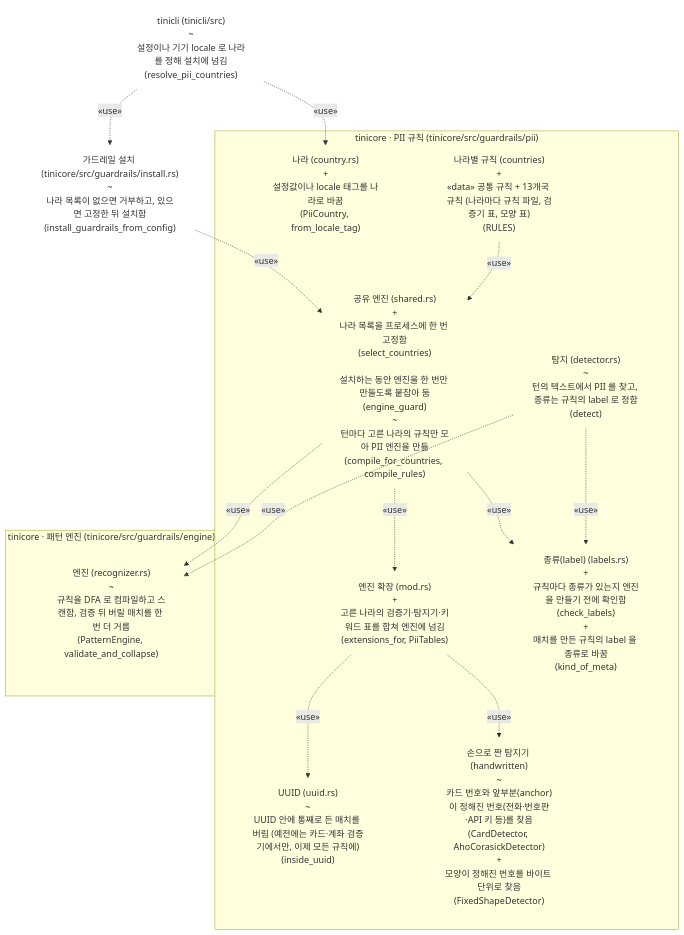
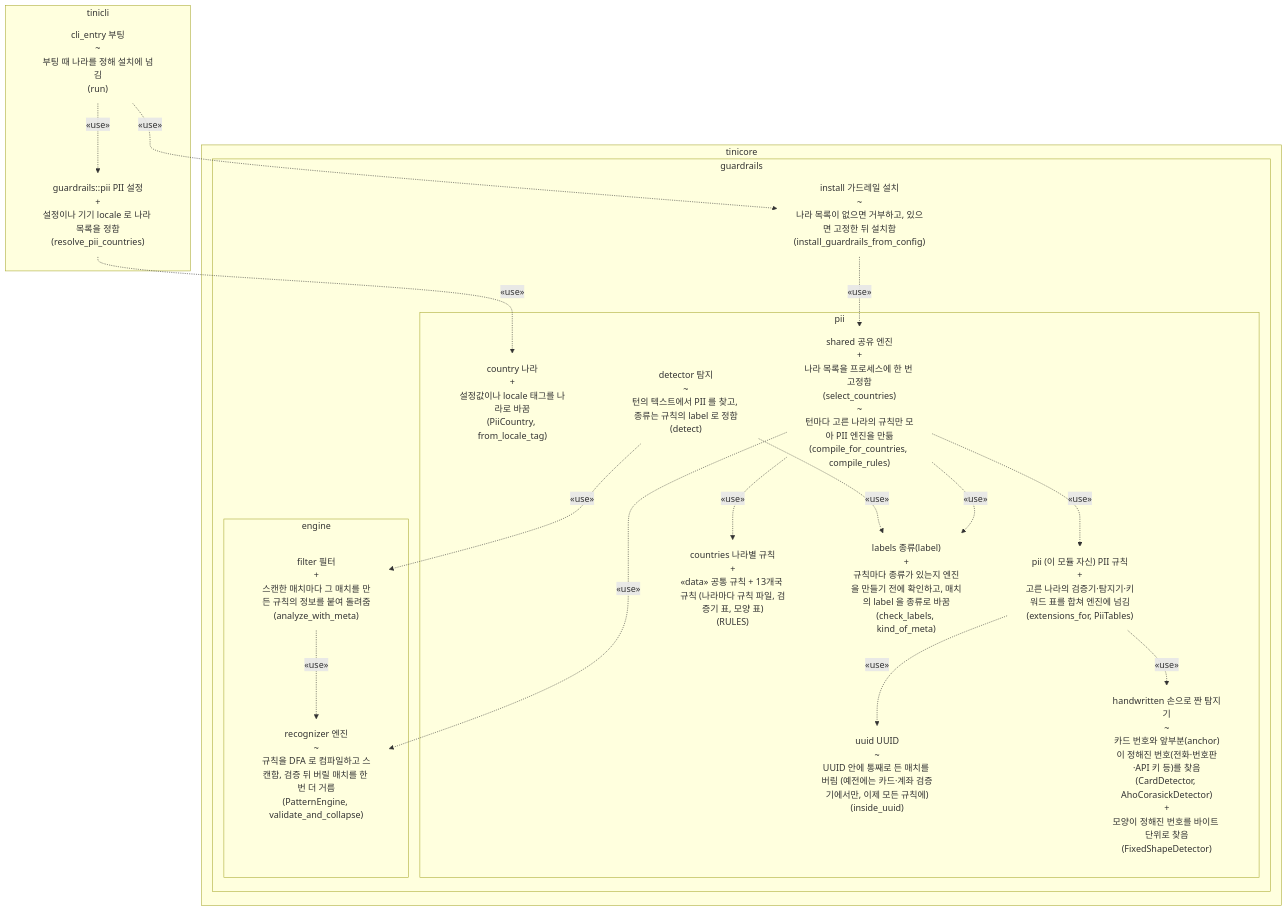
One commit to sbc10620/shared changed the diagram in reports/20261029-ARGO-multilingual-pii/fig2-after.mmd. Above: the diagram before and after it, drawn with Mermaid. The commit also changed 7 other files, not shown here.

```diff
--- a/reports/20261029-ARGO-multilingual-pii/fig2-after.mmd
+++ b/reports/20261029-ARGO-multilingual-pii/fig2-after.mmd
@@ -1,29 +1,39 @@
 flowchart TB
-  p_cli["<div class='pk '><div class='tab'>tinicli <span class='path'>(tinicli/src)</span></div><div class='body'><div class='it changed'><span class='mk'>~</span><div><div class='role'>설정이나 기기 locale 로 나라를 정해 설치에 넘김</div><div class='fn'>(resolve_pii_countries)</div></div></div></div></div>"]
-  p_inst["<div class='pk '><div class='tab'>가드레일 설치 <span class='path'>(tinicore/src/guardrails/install.rs)</span></div><div class='body'><div class='it changed'><span class='mk'>~</span><div><div class='role'>나라 목록이 없으면 거부하고, 있으면 고정한 뒤 설치함</div><div class='fn'>(install_guardrails_from_config)</div></div></div></div></div>"]
-  subgraph g_pii["tinicore · PII 규칙 <span class='path'>(tinicore/src/guardrails/pii)</span>"]
-    p_country["<div class='pk new'><div class='tab'>나라 <span class='path'>(country.rs)</span></div><div class='body'><div class='it new'><span class='mk'>+</span><div><div class='role'>설정값이나 locale 태그를 나라로 바꿈</div><div class='fn'>(PiiCountry, from_locale_tag)</div></div></div></div></div>"]
-    p_rules["<div class='pk new'><div class='tab'>나라별 규칙 <span class='path'>(countries)</span></div><div class='body'><div class='it new'><span class='mk'>+</span><div><div class='role'><span class='st'>«data»</span> 공통 규칙 + 13개국 규칙 (나라마다 규칙 파일, 검증기 표, 모양 표)</div><div class='fn'>(RULES)</div></div></div></div></div>"]
-    p_shared["<div class='pk '><div class='tab'>공유 엔진 <span class='path'>(shared.rs)</span></div><div class='body'><div class='it new'><span class='mk'>+</span><div><div class='role'>나라 목록을 프로세스에 한 번 고정함</div><div class='fn'>(select_countries)</div></div></div><div class='it '><span class='mk'>&nbsp;</span><div><div class='role'>설치하는 동안 엔진을 한 번만 만들도록 붙잡아 둠</div><div class='fn'>(engine_guard)</div></div></div><div class='it changed'><span class='mk'>~</span><div><div class='role'>턴마다 고른 나라의 규칙만 모아 PII 엔진을 만듦</div><div class='fn'>(compile_for_countries, compile_rules)</div></div></div></div></div>"]
-    p_tables["<div class='pk '><div class='tab'>엔진 확장 <span class='path'>(mod.rs)</span></div><div class='body'><div class='it new'><span class='mk'>+</span><div><div class='role'>고른 나라의 검증기·탐지기·키워드 표를 합쳐 엔진에 넘김</div><div class='fn'>(extensions_for, PiiTables)</div></div></div></div></div>"]
-    p_labels["<div class='pk new'><div class='tab'>종류(label) <span class='path'>(labels.rs)</span></div><div class='body'><div class='it new'><span class='mk'>+</span><div><div class='role'>규칙마다 종류가 있는지 엔진을 만들기 전에 확인함</div><div class='fn'>(check_labels)</div></div></div><div class='it new'><span class='mk'>+</span><div><div class='role'>매치를 만든 규칙의 label 을 종류로 바꿈</div><div class='fn'>(kind_of_meta)</div></div></div></div></div>"]
-    p_uuid["<div class='pk new'><div class='tab'>UUID <span class='path'>(uuid.rs)</span></div><div class='body'><div class='it changed'><span class='mk'>~</span><div><div class='role'>UUID 안에 통째로 든 매치를 버림 (예전에는 카드·계좌 검증기에서만, 이제 모든 규칙에)</div><div class='fn'>(inside_uuid)</div></div></div></div></div>"]
-    p_hw["<div class='pk '><div class='tab'>손으로 짠 탐지기 <span class='path'>(handwritten)</span></div><div class='body'><div class='it changed'><span class='mk'>~</span><div><div class='role'>카드 번호와 앞부분(anchor)이 정해진 번호(전화·번호판·API 키 등)를 찾음</div><div class='fn'>(CardDetector, AhoCorasickDetector)</div></div></div><div class='it new'><span class='mk'>+</span><div><div class='role'>모양이 정해진 번호를 바이트 단위로 찾음</div><div class='fn'>(FixedShapeDetector)</div></div></div></div></div>"]
-    p_det["<div class='pk '><div class='tab'>탐지 <span class='path'>(detector.rs)</span></div><div class='body'><div class='it changed'><span class='mk'>~</span><div><div class='role'>턴의 텍스트에서 PII 를 찾고, 종류는 규칙의 label 로 정함</div><div class='fn'>(detect)</div></div></div></div></div>"]
+  subgraph m_tinicli["<span class='modname'>tinicli</span>"]
+    p_entry["<div class='pk '><div class='tab'>cli_entry <span class='note'>부팅</span></div><div class='body'><div class='it changed'><span class='mk'>~</span><div><div class='role'>부팅 때 나라를 정해 설치에 넘김</div><div class='fn'>(run)</div></div></div></div></div>"]
+    p_clipii["<div class='pk '><div class='tab'>guardrails::pii <span class='note'>PII 설정</span></div><div class='body'><div class='it new'><span class='mk'>+</span><div><div class='role'>설정이나 기기 locale 로 나라 목록을 정함</div><div class='fn'>(resolve_pii_countries)</div></div></div></div></div>"]
   end
-  subgraph g_eng["tinicore · 패턴 엔진 <span class='path'>(tinicore/src/guardrails/engine)</span>"]
-    p_rec["<div class='pk '><div class='tab'>엔진 <span class='path'>(recognizer.rs)</span></div><div class='body'><div class='it changed'><span class='mk'>~</span><div><div class='role'>규칙을 DFA 로 컴파일하고 스캔함, 검증 뒤 버릴 매치를 한 번 더 거름</div><div class='fn'>(PatternEngine, validate_and_collapse)</div></div></div></div></div>"]
+  subgraph m_tinicore["<span class='modname'>tinicore</span>"]
+    subgraph m_tinicore__guardrails["<span class='modname'>guardrails</span>"]
+      p_inst["<div class='pk '><div class='tab'>install <span class='note'>가드레일 설치</span></div><div class='body'><div class='it changed'><span class='mk'>~</span><div><div class='role'>나라 목록이 없으면 거부하고, 있으면 고정한 뒤 설치함</div><div class='fn'>(install_guardrails_from_config)</div></div></div></div></div>"]
+      subgraph m_tinicore__guardrails__pii["<span class='modname'>pii</span>"]
+        p_pii["<div class='pk '><div class='tab'>pii <span class='st'>(이 모듈 자신)</span> <span class='note'>PII 규칙</span></div><div class='body'><div class='it new'><span class='mk'>+</span><div><div class='role'>고른 나라의 검증기·탐지기·키워드 표를 합쳐 엔진에 넘김</div><div class='fn'>(extensions_for, PiiTables)</div></div></div></div></div>"]
+        p_country["<div class='pk new'><div class='tab'>country <span class='note'>나라</span></div><div class='body'><div class='it new'><span class='mk'>+</span><div><div class='role'>설정값이나 locale 태그를 나라로 바꿈</div><div class='fn'>(PiiCountry, from_locale_tag)</div></div></div></div></div>"]
+        p_rules["<div class='pk new'><div class='tab'>countries <span class='note'>나라별 규칙</span></div><div class='body'><div class='it new'><span class='mk'>+</span><div><div class='role'><span class='st'>«data»</span> 공통 규칙 + 13개국 규칙 (나라마다 규칙 파일, 검증기 표, 모양 표)</div><div class='fn'>(RULES)</div></div></div></div></div>"]
+        p_shared["<div class='pk '><div class='tab'>shared <span class='note'>공유 엔진</span></div><div class='body'><div class='it new'><span class='mk'>+</span><div><div class='role'>나라 목록을 프로세스에 한 번 고정함</div><div class='fn'>(select_countries)</div></div></div><div class='it changed'><span class='mk'>~</span><div><div class='role'>턴마다 고른 나라의 규칙만 모아 PII 엔진을 만듦</div><div class='fn'>(compile_for_countries, compile_rules)</div></div></div></div></div>"]
+        p_labels["<div class='pk new'><div class='tab'>labels <span class='note'>종류(label)</span></div><div class='body'><div class='it new'><span class='mk'>+</span><div><div class='role'>규칙마다 종류가 있는지 엔진을 만들기 전에 확인하고, 매치의 label 을 종류로 바꿈</div><div class='fn'>(check_labels, kind_of_meta)</div></div></div></div></div>"]
+        p_uuid["<div class='pk new'><div class='tab'>uuid <span class='note'>UUID</span></div><div class='body'><div class='it changed'><span class='mk'>~</span><div><div class='role'>UUID 안에 통째로 든 매치를 버림 (예전에는 카드·계좌 검증기에서만, 이제 모든 규칙에)</div><div class='fn'>(inside_uuid)</div></div></div></div></div>"]
+        p_hw["<div class='pk '><div class='tab'>handwritten <span class='note'>손으로 짠 탐지기</span></div><div class='body'><div class='it changed'><span class='mk'>~</span><div><div class='role'>카드 번호와 앞부분(anchor)이 정해진 번호(전화·번호판·API 키 등)를 찾음</div><div class='fn'>(CardDetector, AhoCorasickDetector)</div></div></div><div class='it new'><span class='mk'>+</span><div><div class='role'>모양이 정해진 번호를 바이트 단위로 찾음</div><div class='fn'>(FixedShapeDetector)</div></div></div></div></div>"]
+        p_det["<div class='pk '><div class='tab'>detector <span class='note'>탐지</span></div><div class='body'><div class='it changed'><span class='mk'>~</span><div><div class='role'>턴의 텍스트에서 PII 를 찾고, 종류는 규칙의 label 로 정함</div><div class='fn'>(detect)</div></div></div></div></div>"]
+      end
+      subgraph m_tinicore__guardrails__engine["<span class='modname'>engine</span>"]
+        p_filter["<div class='pk '><div class='tab'>filter <span class='note'>필터</span></div><div class='body'><div class='it new'><span class='mk'>+</span><div><div class='role'>스캔한 매치마다 그 매치를 만든 규칙의 정보를 붙여 돌려줌</div><div class='fn'>(analyze_with_meta)</div></div></div></div></div>"]
+        p_rec["<div class='pk '><div class='tab'>recognizer <span class='note'>엔진</span></div><div class='body'><div class='it changed'><span class='mk'>~</span><div><div class='role'>규칙을 DFA 로 컴파일하고 스캔함, 검증 뒤 버릴 매치를 한 번 더 거름</div><div class='fn'>(PatternEngine, validate_and_collapse)</div></div></div></div></div>"]
+      end
+    end
   end
-  p_cli -. "«use»" .-> p_inst
-  p_cli -. "«use»" .-> p_country
+  p_entry -. "«use»" .-> p_clipii
+  p_entry -. "«use»" .-> p_inst
+  p_clipii -. "«use»" .-> p_country
   p_inst -. "«use»" .-> p_shared
-  p_rules -. "«use»" .-> p_shared
-  p_shared -. "«use»" .-> p_tables
+  p_shared -. "«use»" .-> p_rules
+  p_shared -. "«use»" .-> p_pii
   p_shared -. "«use»" .-> p_labels
-  p_tables -. "«use»" .-> p_hw
-  p_tables -. "«use»" .-> p_uuid
+  p_pii -. "«use»" .-> p_hw
+  p_pii -. "«use»" .-> p_uuid
   p_shared -. "«use»" .-> p_rec
   p_det -. "«use»" .-> p_labels
-  p_det -. "«use»" .-> p_rec
+  p_det -. "«use»" .-> p_filter
+  p_filter -. "«use»" .-> p_rec
   classDef pkg fill:none,stroke:none
-  class p_cli,p_inst,p_country,p_rules,p_shared,p_tables,p_labels,p_uuid,p_hw,p_det,p_rec pkg
+  class p_entry,p_clipii,p_inst,p_pii,p_country,p_rules,p_shared,p_labels,p_uuid,p_hw,p_det,p_filter,p_rec pkg
```
